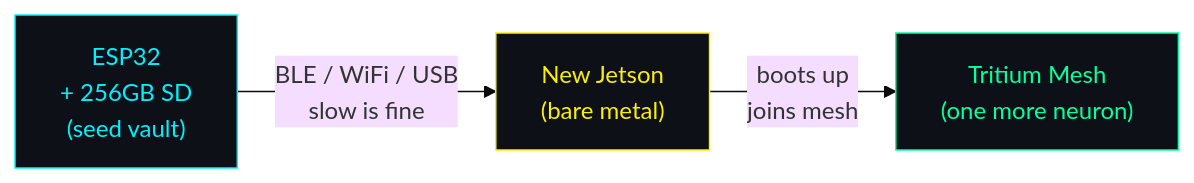
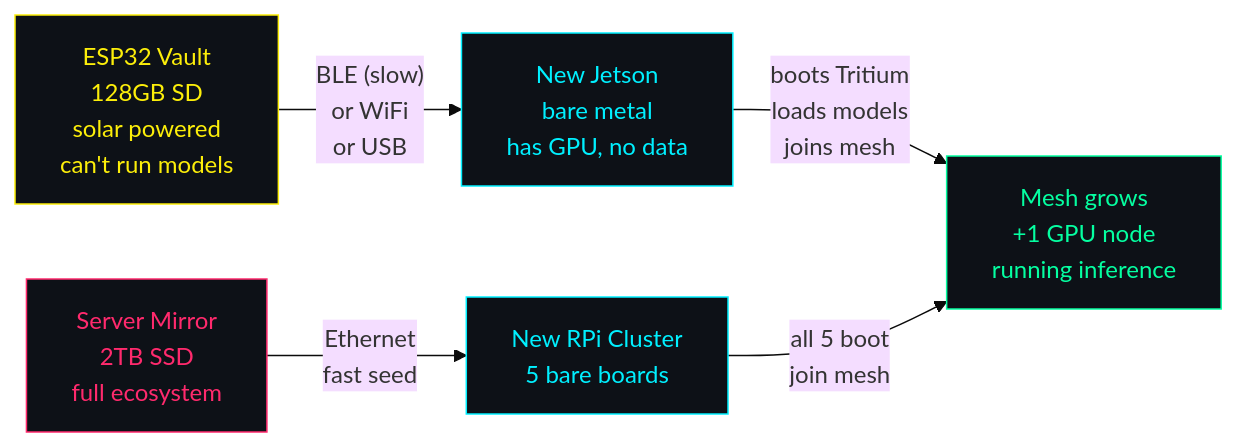
One commit to Valpatel/tritium changed the sixth of 6 diagrams in README.md. Above: the diagram before and after it, drawn with Mermaid (base theme). The commit also changed other lines of this file, not shown here.

````diff
--- a/README.md
+++ b/README.md
@@ -178,10 +221,16 @@
 ```mermaid
 graph LR
-    ESP["ESP32<br/>+ 256GB SD<br/>(seed vault)"]
-    -->|"BLE / WiFi / USB<br/>slow is fine"| JET["New Jetson<br/>(bare metal)"]
-    -->|"boots up<br/>joins mesh"| MESH["Tritium Mesh<br/>(one more neuron)"]
+    V["ESP32 Vault<br/>128GB SD<br/>solar powered<br/>can't run models"]
+    -->|"BLE (slow)<br/>or WiFi<br/>or USB"| J["New Jetson<br/>bare metal<br/>has GPU, no data"]
+    -->|"boots Tritium<br/>loads models<br/>joins mesh"| M["Mesh grows<br/>+1 GPU node<br/>running inference"]
 
-    style ESP fill:#0d1117,stroke:#00f0ff,color:#00f0ff
-    style JET fill:#0d1117,stroke:#fcee0a,color:#fcee0a
-    style MESH fill:#0d1117,stroke:#05ffa1,color:#05ffa1
+    V2["Server Mirror<br/>2TB SSD<br/>full ecosystem"]
+    -->|"Ethernet<br/>fast seed"| R["New RPi Cluster<br/>5 bare boards"]
+    -->|"all 5 boot<br/>join mesh"| M
+
+    style V fill:#0d1117,stroke:#fcee0a,color:#fcee0a
+    style J fill:#0d1117,stroke:#00f0ff,color:#00f0ff
+    style M fill:#0d1117,stroke:#05ffa1,color:#05ffa1
+    style V2 fill:#0d1117,stroke:#ff2a6d,color:#ff2a6d
+    style R fill:#0d1117,stroke:#00f0ff,color:#00f0ff
 ```
````
